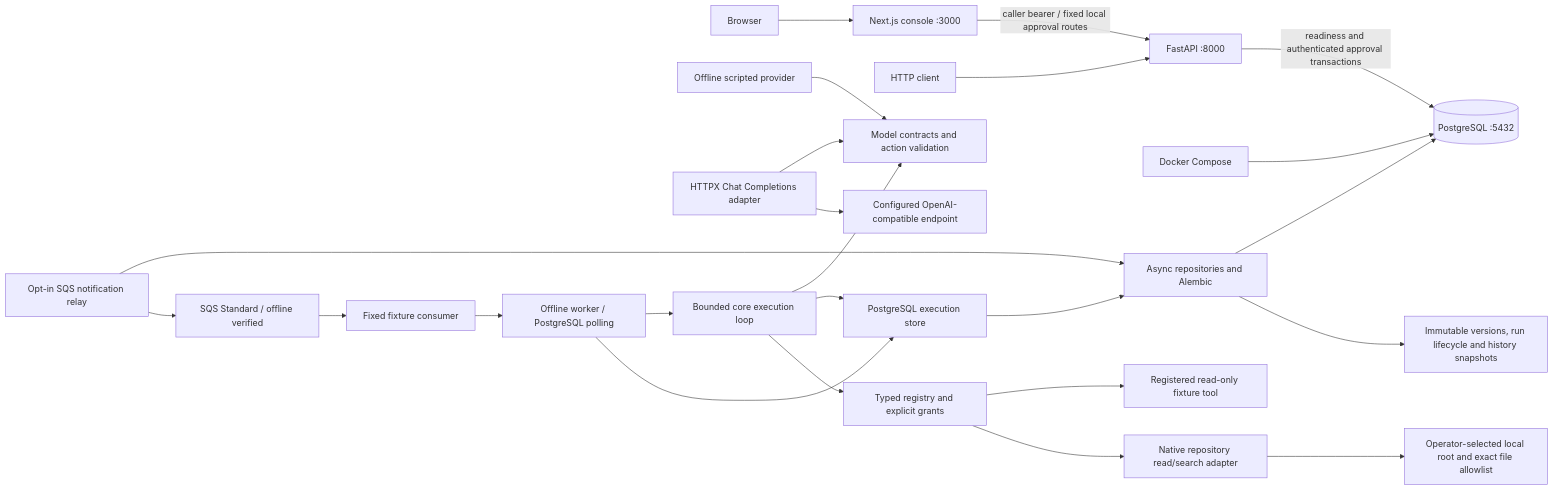
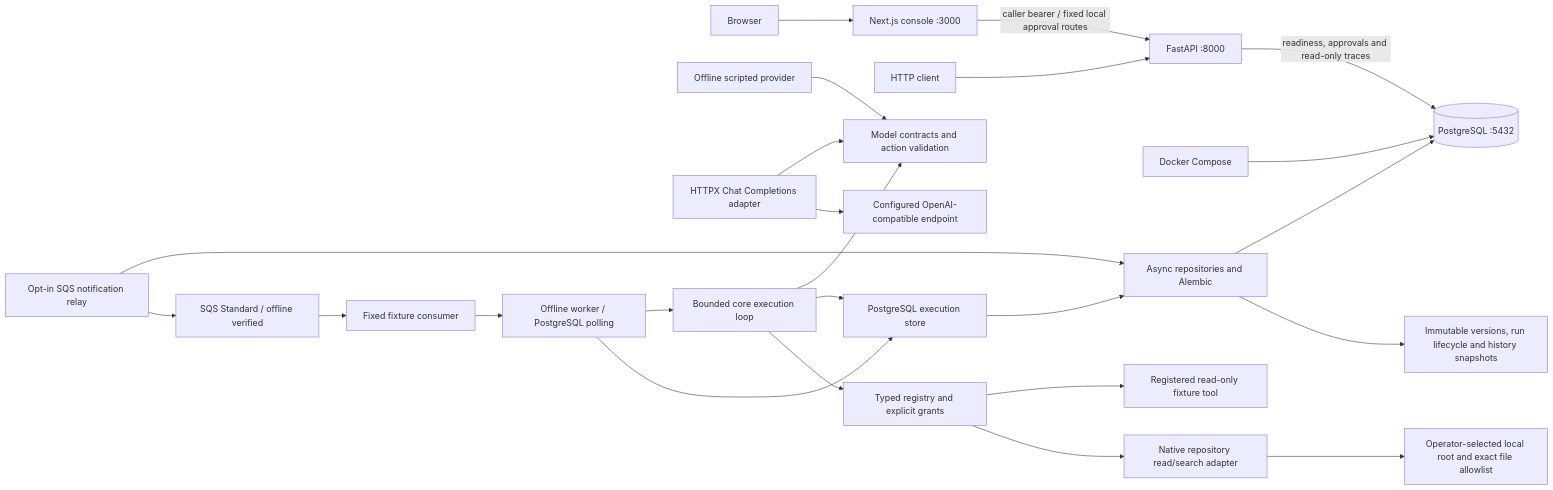
Before and after one commit to TaoM29/runveil: the first of 2 diagrams in ARCHITECTURE.md, drawn with Mermaid. The commit also changed other lines of this file and 12 other files, not shown here.

````diff
--- a/ARCHITECTURE.md
+++ b/ARCHITECTURE.md
@@ -5,26 +5,26 @@
 ```mermaid
 flowchart LR
     Browser --> Web[Next.js console :3000]
     Web -->|caller bearer / fixed local approval routes| API
     Client[HTTP client] --> API[FastAPI :8000]
     Compose[Docker Compose] --> PG[(PostgreSQL :5432)]
-    API -->|readiness and authenticated approval transactions| PG
+    API -->|readiness, approvals and read-only traces| PG
     Persistence[Async repositories and Alembic] --> PG
     Persistence --> Domain[Immutable versions, run lifecycle and history snapshots]
     Scripted[Offline scripted provider] --> Contracts[Model contracts and action validation]
     Hosted[HTTPX Chat Completions adapter] --> Contracts
     Hosted --> Endpoint[Configured OpenAI-compatible endpoint]
     Worker[Offline worker / PostgreSQL polling] --> Runtime
     Worker --> Store
     Relay[Opt-in SQS notification relay] --> Persistence
     Relay --> SQS[SQS Standard / offline verified]
     SQS --> Consumer[Fixed fixture consumer]
     Consumer --> Worker
     Runtime[Bounded core execution loop] --> Contracts
     Runtime --> Store[PostgreSQL execution store]
     Store --> Persistence
     Runtime --> Tools[Typed registry and explicit grants]
     Tools --> Fixture[Registered read-only fixture tool]
     Tools --> Repository[Native repository read/search adapter]
     Repository --> Checkout[Operator-selected local root and exact file allowlist]
 ```
````
